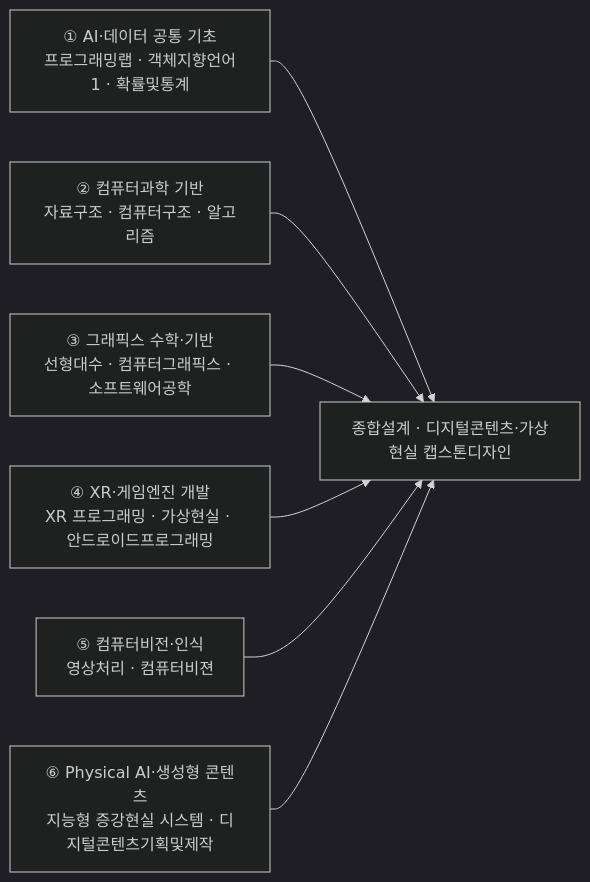
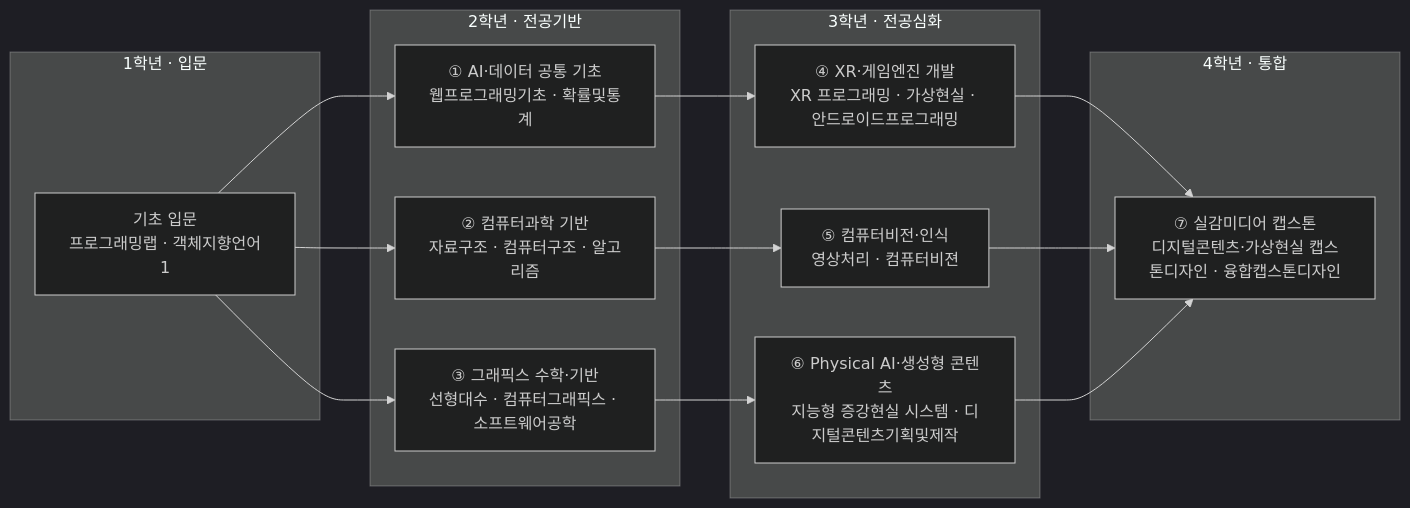
Before and after one commit to parclab-hsu/ai-curriculum-2026: the diagram in docs/it/immersive-media.md, drawn with Mermaid (dark theme). The commit also changed other lines of this file and 22 other files, not shown here.

First line of the commit message:
모듈 다이어그램 강화 — 1~4학년 로드맵 + 모듈-역량 매핑 (23개 트랙)

````diff
--- a/docs/it/immersive-media.md
+++ b/docs/it/immersive-media.md
@@ -124,10 +124,28 @@
 ```mermaid
 flowchart LR
-  M1["① AI·데이터 공통 기초<br/>프로그래밍랩 · 객체지향언어1 · 확률및통계"] --> CAP
-  M2["② 컴퓨터과학 기반<br/>자료구조 · 컴퓨터구조 · 알고리즘"] --> CAP
-  M3["③ 그래픽스 수학·기반<br/>선형대수 · 컴퓨터그래픽스 · 소프트웨어공학"] --> CAP
-  M4["④ XR·게임엔진 개발<br/>XR 프로그래밍 · 가상현실 · 안드로이드프로그래밍"] --> CAP
-  M5["⑤ 컴퓨터비전·인식<br/>영상처리 · 컴퓨터비젼"] --> CAP
-  M6["⑥ Physical AI·생성형 콘텐츠<br/>지능형 증강현실 시스템 · 디지털콘텐츠기획및제작"] --> CAP
-  CAP["종합설계 · 디지털콘텐츠·가상현실 캡스톤디자인"]
+  subgraph Y1["1학년 · 입문"]
+    A0["기초 입문<br/>프로그래밍랩 · 객체지향언어1"]
+  end
+  subgraph Y2["2학년 · 전공기반"]
+    M1["① AI·데이터 공통 기초<br/>웹프로그래밍기초 · 확률및통계"]
+    M2["② 컴퓨터과학 기반<br/>자료구조 · 컴퓨터구조 · 알고리즘"]
+    M3["③ 그래픽스 수학·기반<br/>선형대수 · 컴퓨터그래픽스 · 소프트웨어공학"]
+  end
+  subgraph Y3["3학년 · 전공심화"]
+    M4["④ XR·게임엔진 개발<br/>XR 프로그래밍 · 가상현실 · 안드로이드프로그래밍"]
+    M5["⑤ 컴퓨터비전·인식<br/>영상처리 · 컴퓨터비젼"]
+    M6["⑥ Physical AI·생성형 콘텐츠<br/>지능형 증강현실 시스템 · 디지털콘텐츠기획및제작"]
+  end
+  subgraph Y4["4학년 · 통합"]
+    CAP["⑦ 실감미디어 캡스톤<br/>디지털콘텐츠·가상현실 캡스톤디자인 · 융합캡스톤디자인"]
+  end
+  A0 --> M1
+  A0 --> M2
+  A0 --> M3
+  M1 --> M4
+  M2 --> M5
+  M3 --> M6
+  M4 --> CAP
+  M5 --> CAP
+  M6 --> CAP
 ```
````
